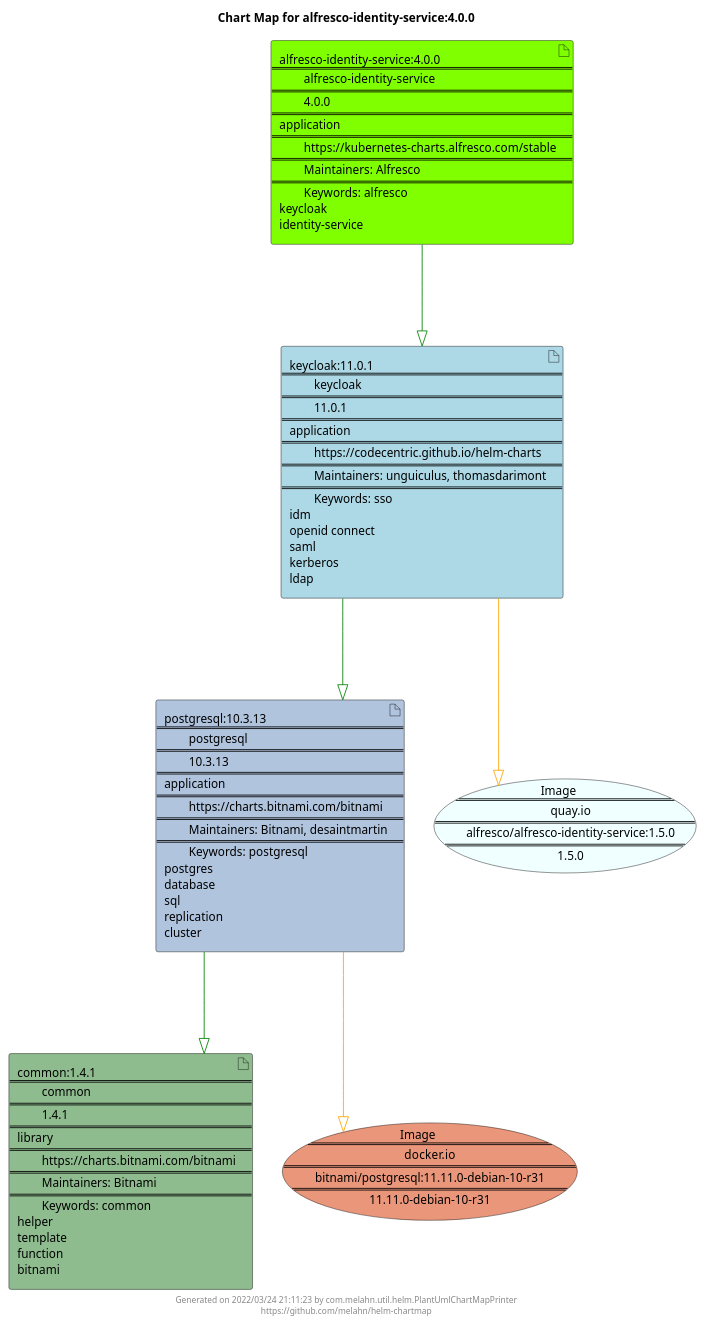
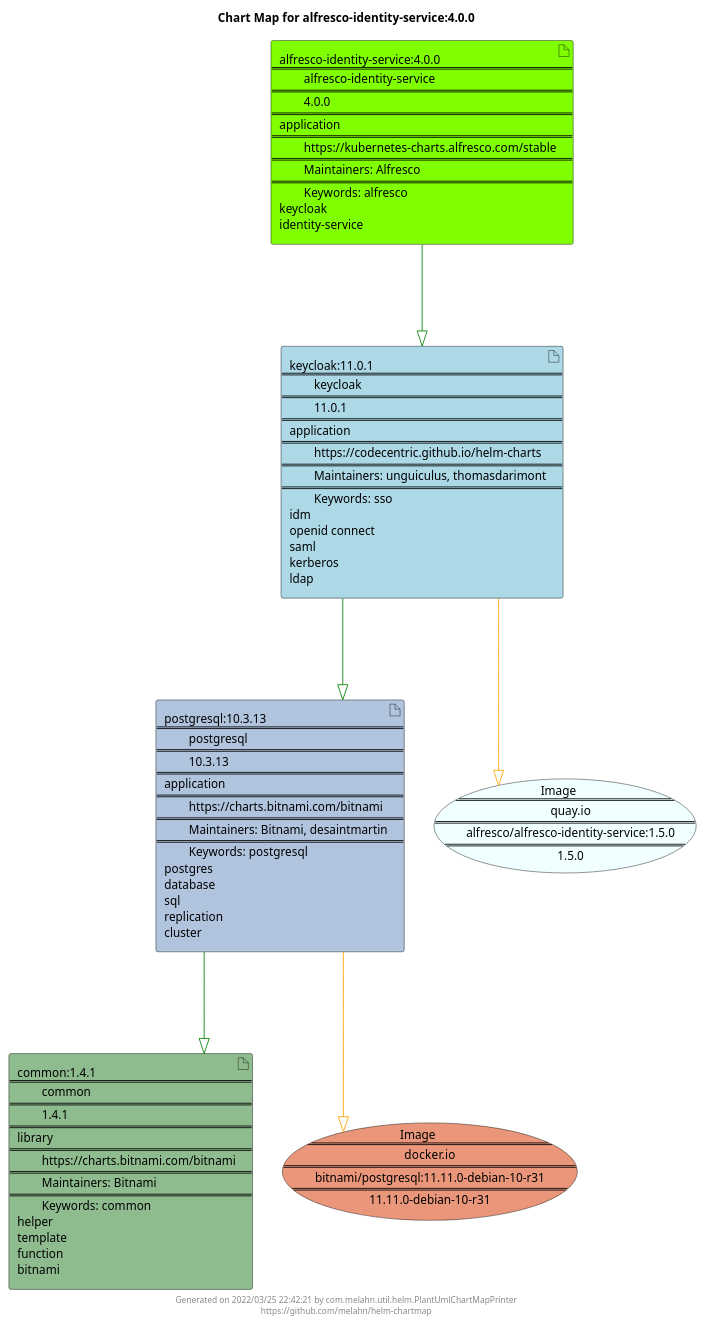
One commit to melahn/helm-chartmap changed the diagram in docs/alfresco-identity-service/alfresco-identity-service-4.0.0.puml. Above: the diagram before and after it, drawn with PlantUML. The commit also changed 56 other files, not shown here.

Commit message:
Update Example Chart Maps as part of GitHub build

```diff
--- a/docs/alfresco-identity-service/alfresco-identity-service-4.0.0.puml
+++ b/docs/alfresco-identity-service/alfresco-identity-service-4.0.0.puml
@@ -1,29 +1,29 @@
 @startuml
 skinparam linetype ortho
 skinparam backgroundColor white
 skinparam usecaseBorderColor black
 skinparam usecaseArrowColor LightSlateGray
 skinparam artifactBorderColor black
 skinparam artifactArrowColor LightSlateGray
 
 title Chart Map for alfresco-identity-service:4.0.0
 
 'There are 4 referenced Helm Charts
 artifact "common:1.4.1\n====\n\tcommon\n====\n\t1.4.1\n====\nlibrary\n====\n\thttps://charts.bitnami.com/bitnami\n====\n\tMaintainers: Bitnami\n====\n\tKeywords: common\nhelper\ntemplate\nfunction\nbitnami" as common_1_4_1 #DarkSeaGreen
 artifact "alfresco-identity-service:4.0.0\n====\n\talfresco-identity-service\n====\n\t4.0.0\n====\napplication\n====\n\thttps://kubernetes-charts.alfresco.com/stable\n====\n\tMaintainers: Alfresco\n====\n\tKeywords: alfresco\nkeycloak\nidentity-service" as alfresco_identity_service_4_0_0 #Chartreuse
 artifact "postgresql:10.3.13\n====\n\tpostgresql\n====\n\t10.3.13\n====\napplication\n====\n\thttps://charts.bitnami.com/bitnami\n====\n\tMaintainers: Bitnami, desaintmartin\n====\n\tKeywords: postgresql\npostgres\ndatabase\nsql\nreplication\ncluster" as postgresql_10_3_13 #LightSteelBlue
 artifact "keycloak:11.0.1\n====\n\tkeycloak\n====\n\t11.0.1\n====\napplication\n====\n\thttps://codecentric.github.io/helm-charts\n====\n\tMaintainers: unguiculus, thomasdarimont\n====\n\tKeywords: sso\nidm\nopenid connect\nsaml\nkerberos\nldap" as keycloak_11_0_1 #LightBlue
 
 'There are 2 referenced Docker Images
 usecase "Image\n====\n\tquay.io\n====\n\talfresco/alfresco-identity-service:1.5.0\n====\n\t1.5.0" as quay_io_alfresco_alfresco_identity_service_1_5_0 #Azure
 usecase "Image\n====\n\tdocker.io\n====\n\tbitnami/postgresql:11.11.0-debian-10-r31\n====\n\t11.11.0-debian-10-r31" as docker_io_bitnami_postgresql_11_11_0_debian_10_r31 #DarkSalmon
 
 'Chart Dependencies
 alfresco_identity_service_4_0_0--[#green]-|>keycloak_11_0_1
 keycloak_11_0_1--[#green]-|>postgresql_10_3_13
 postgresql_10_3_13--[#green]-|>common_1_4_1
 postgresql_10_3_13--[#orange]-|>docker_io_bitnami_postgresql_11_11_0_debian_10_r31
 keycloak_11_0_1--[#orange]-|>quay_io_alfresco_alfresco_identity_service_1_5_0
 
-center footer Generated on 2022/03/24 21:11:23 by com.melahn.util.helm.PlantUmlChartMapPrinter\nhttps://github.com/melahn/helm-chartmap
+center footer Generated on 2022/03/25 22:42:21 by com.melahn.util.helm.PlantUmlChartMapPrinter\nhttps://github.com/melahn/helm-chartmap
 @enduml
```
